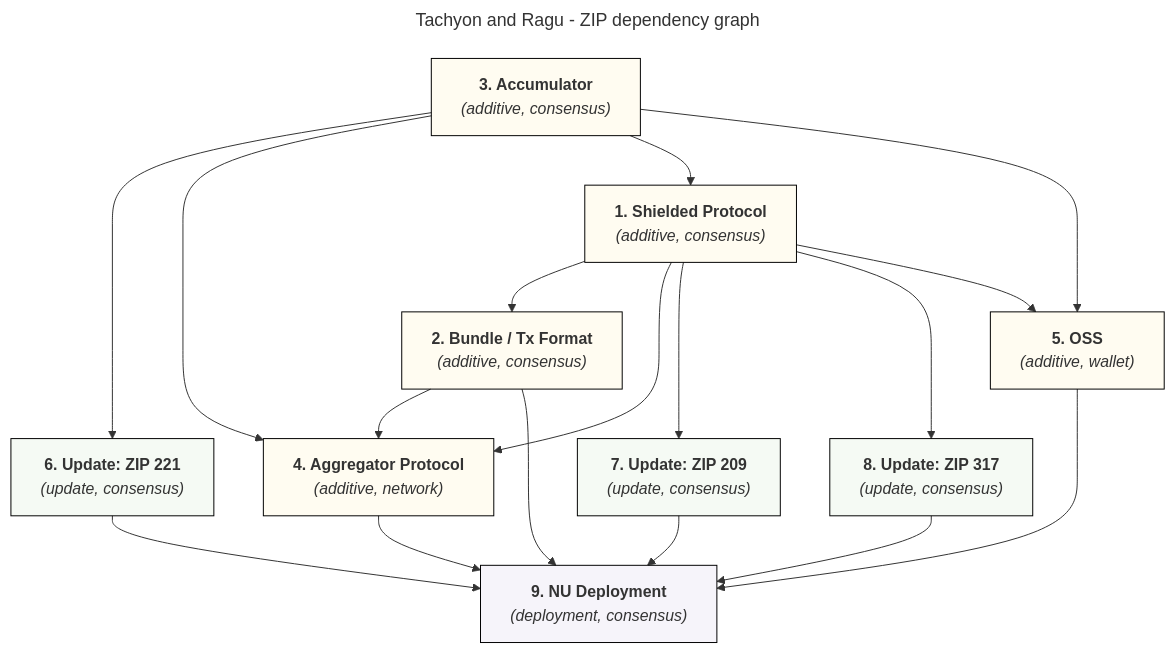
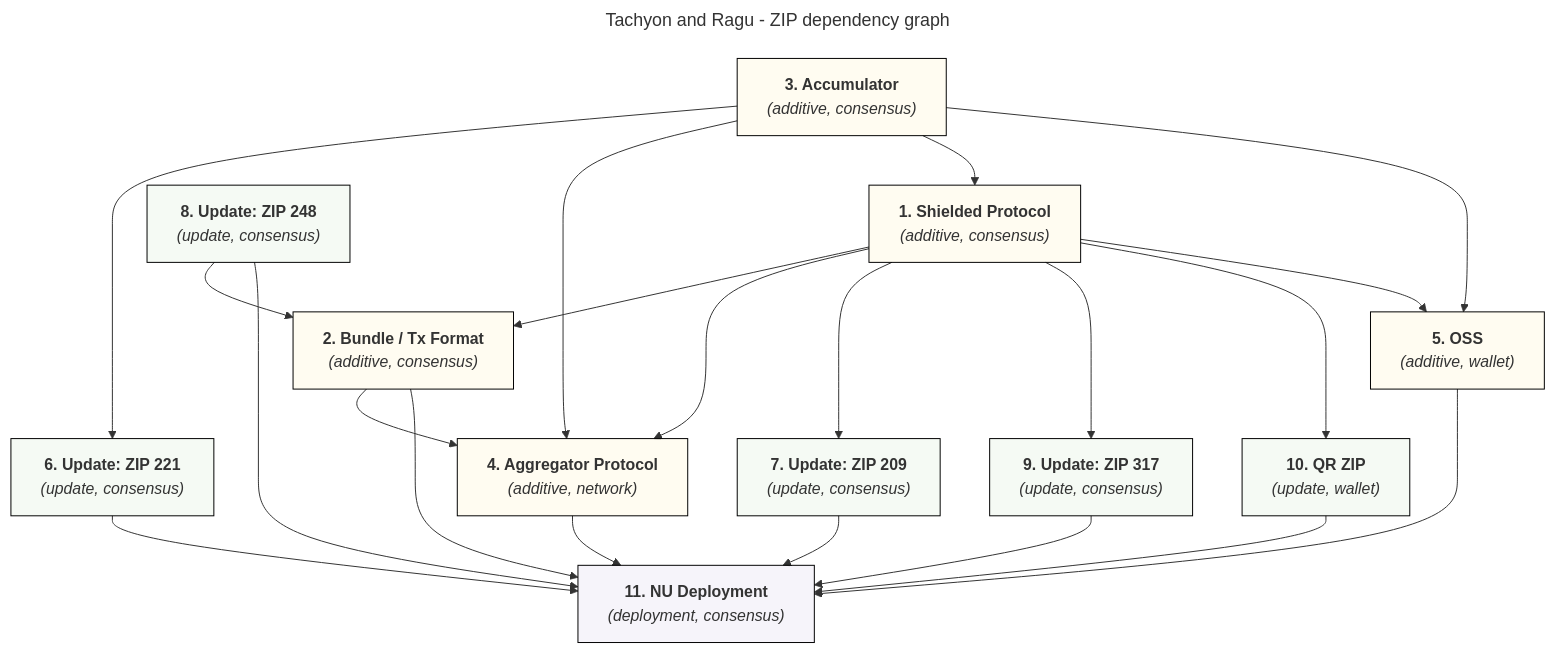
The diagram in book/src/zips/tachyon-zips.md (tachyon-zcash/tachyon), drawn with Mermaid before and after one commit. The commit also changed other lines of this file, not shown here.

Commit message:
zip qol updates

````diff
--- a/book/src/zips/tachyon-zips.md
+++ b/book/src/zips/tachyon-zips.md
@@ -42,67 +42,80 @@
 ```mermaid
 ---
 title: Tachyon and Ragu - ZIP dependency graph
 ---
 flowchart TB
 classDef additive fill:#fff1c740,stroke:black
 classDef update fill:#d5ebd140,stroke:black
 classDef successor fill:#fccaca40,stroke:black
 classDef deployment fill:#dcd2eb40,stroke:black
 
 accumulator["`
 **3. Accumulator**
 *(additive, consensus)*
 `"]:::additive
 
 shielded["`
 **1. Shielded Protocol**
 *(additive, consensus)*
 `"]:::additive
 
 bundle["`
 **2. Bundle / Tx Format**
 *(additive, consensus)*
 `"]:::additive
 
 aggregator["`
 **4. Aggregator Protocol**
 *(additive, network)*
 `"]:::additive
 
 oss["`
 **5. OSS**
 *(additive, wallet)*
 `"]:::additive
 
 zip221["`
 **6. Update: ZIP 221**
 *(update, consensus)*
 `"]:::update
 
 zip209["`
 **7. Update: ZIP 209**
 *(update, consensus)*
 `"]:::update
 
-zip317["`
-**8. Update: ZIP 317**
+zip248["`
+**8. Update: ZIP 248**
 *(update, consensus)*
 `"]:::update
 
+zip317["`
+**9. Update: ZIP 317**
+*(update, consensus)*
+`"]:::update
+
+qr["`
+**10. QR ZIP**
+*(update, wallet)*
+`"]:::update
+
 nu_deployment["`
-**9. NU Deployment**
+**11. NU Deployment**
 *(deployment, consensus)*
 `"]:::deployment
 
 accumulator --> zip221 & aggregator & shielded & oss
-shielded --> bundle & aggregator & zip209 & zip317 & oss
+shielded --> bundle & aggregator & zip209 & zip317 & qr & oss
 
+zip248 --> bundle
 bundle --> aggregator & nu_deployment
 
 aggregator --> nu_deployment
 oss --> nu_deployment
 
 zip221 --> nu_deployment
 zip209 --> nu_deployment
+zip248 --> nu_deployment
 zip317 --> nu_deployment
+qr --> nu_deployment
 ```
````
